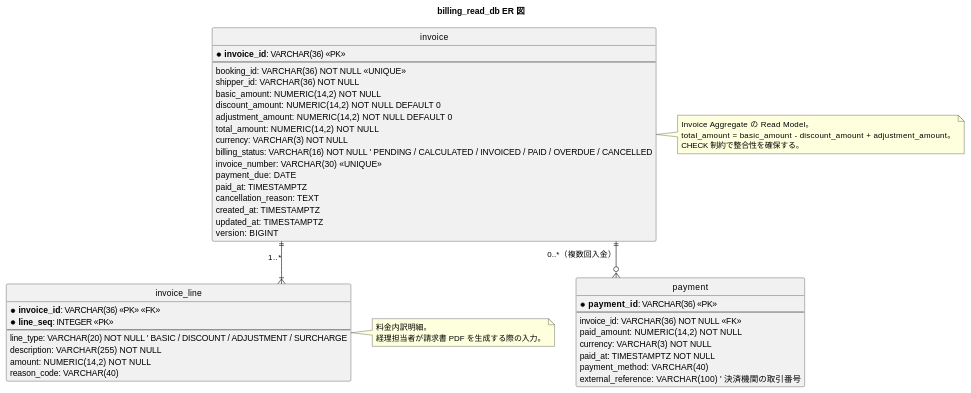
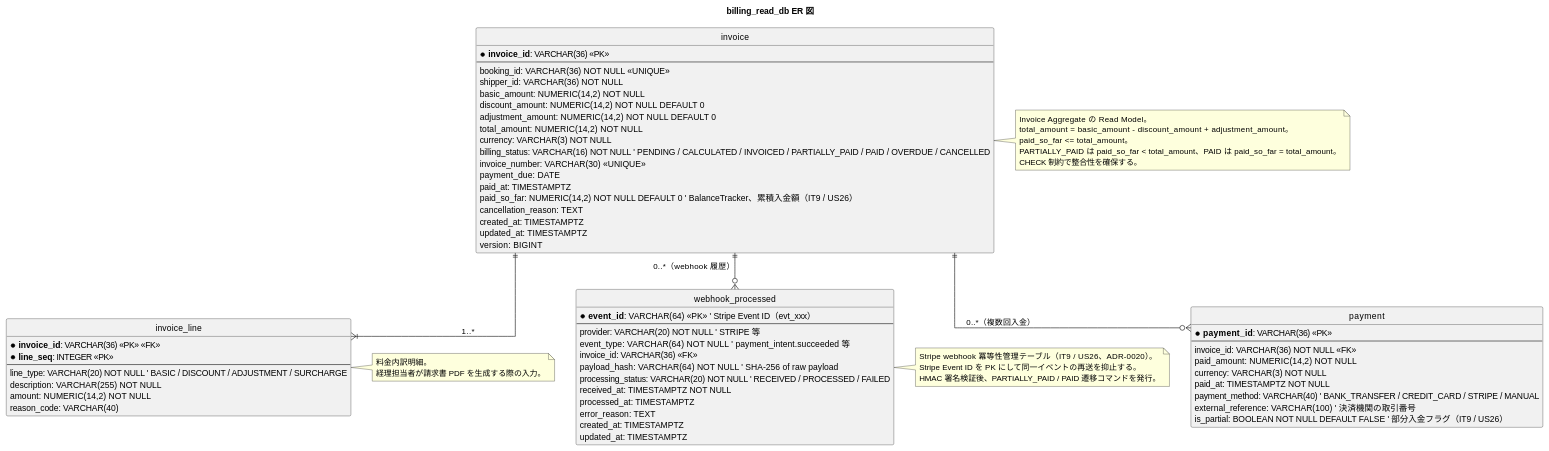
Before and after one commit to k2works/case-study-cargo-tracker: the seventh of 8 diagrams in docs/design/data-model.md, drawn with PlantUML. The commit also changed other lines of this file and 2 other files, not shown here.

First paragraph of the commit message:
docs(design): IT9 設計要素を domain / data / ui ドキュメントに先行反映
整合性検証で IT9 計画と上流設計ドキュメント間に不整合（ステップ 3-6 で計 9 件）が検出されたため、IT9 着手前に設計ドキュメントを先行更新する。ADR-0020（Stripe webhook）と ADR-0021（AWS Secrets Manager）の決定を反映し、IT9 実装時の設計判断のブレを防ぐ。

````diff
--- a/docs/design/data-model.md
+++ b/docs/design/data-model.md
@@ -701,10 +701,11 @@
   adjustment_amount: NUMERIC(14,2) NOT NULL DEFAULT 0
   total_amount: NUMERIC(14,2) NOT NULL
   currency: VARCHAR(3) NOT NULL
-  billing_status: VARCHAR(16) NOT NULL ' PENDING / CALCULATED / INVOICED / PAID / OVERDUE / CANCELLED
+  billing_status: VARCHAR(16) NOT NULL ' PENDING / CALCULATED / INVOICED / PARTIALLY_PAID / PAID / OVERDUE / CANCELLED
   invoice_number: VARCHAR(30) <<UNIQUE>>
   payment_due: DATE
   paid_at: TIMESTAMPTZ
+  paid_so_far: NUMERIC(14,2) NOT NULL DEFAULT 0 ' BalanceTracker、累積入金額（IT9 / US26）
   cancellation_reason: TEXT
   created_at: TIMESTAMPTZ
   updated_at: TIMESTAMPTZ
@@ -728,16 +729,35 @@
   paid_amount: NUMERIC(14,2) NOT NULL
   currency: VARCHAR(3) NOT NULL
   paid_at: TIMESTAMPTZ NOT NULL
-  payment_method: VARCHAR(40)
+  payment_method: VARCHAR(40) ' BANK_TRANSFER / CREDIT_CARD / STRIPE / MANUAL
   external_reference: VARCHAR(100) ' 決済機関の取引番号
+  is_partial: BOOLEAN NOT NULL DEFAULT FALSE ' 部分入金フラグ（IT9 / US26）
+}
+
+entity "webhook_processed" as wh {
+  * **event_id**: VARCHAR(64) <<PK>> ' Stripe Event ID（evt_xxx）
+  --
+  provider: VARCHAR(20) NOT NULL ' STRIPE 等
+  event_type: VARCHAR(64) NOT NULL ' payment_intent.succeeded 等
+  invoice_id: VARCHAR(36) <<FK>>
+  payload_hash: VARCHAR(64) NOT NULL ' SHA-256 of raw payload
+  processing_status: VARCHAR(20) NOT NULL ' RECEIVED / PROCESSED / FAILED
+  received_at: TIMESTAMPTZ NOT NULL
+  processed_at: TIMESTAMPTZ
+  error_reason: TEXT
+  created_at: TIMESTAMPTZ
+  updated_at: TIMESTAMPTZ
 }
 
 inv ||--|{ line : "1..*"
 inv ||--o{ pay : "0..*（複数回入金）"
+inv ||--o{ wh : "0..*（webhook 履歴）"
 
 note right of inv
   Invoice Aggregate の Read Model。
   total_amount = basic_amount - discount_amount + adjustment_amount。
+  paid_so_far <= total_amount。
+  PARTIALLY_PAID は paid_so_far < total_amount、PAID は paid_so_far = total_amount。
   CHECK 制約で整合性を確保する。
 end note
 
@@ -745,5 +765,11 @@
   料金内訳明細。
   経理担当者が請求書 PDF を生成する際の入力。
 end note
+
+note right of wh
+  Stripe webhook 冪等性管理テーブル（IT9 / US26、ADR-0020）。
+  Stripe Event ID を PK にして同一イベントの再送を抑止する。
+  HMAC 署名検証後、PARTIALLY_PAID / PAID 遷移コマンドを発行。
+end note
 @enduml
 ```
````
